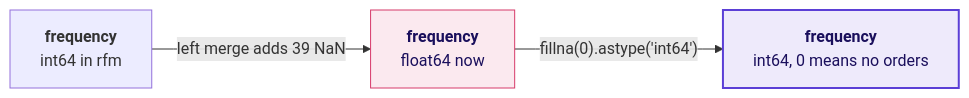
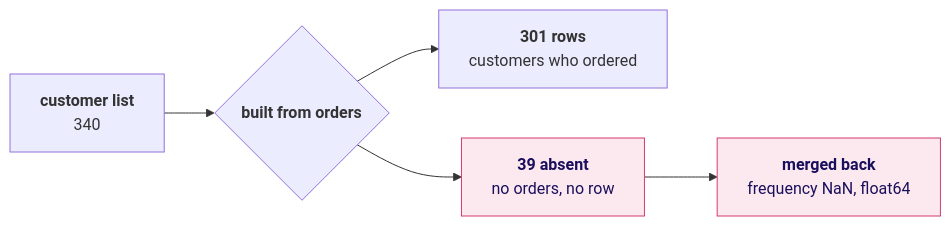
Before and after one commit to fde-academy-lab/c2-content-factory: the seventh of 19 diagrams in content/W02/D4/slides/C2_W02_D04_half1_STUDENT.md, drawn with Mermaid. The commit also changed other lines of this file and 9 other files, not shown here.

````diff
--- a/content/W02/D4/slides/C2_W02_D04_half1_STUDENT.md
+++ b/content/W02/D4/slides/C2_W02_D04_half1_STUDENT.md
@@ -268,9 +365,9 @@
 ```mermaid
 flowchart LR
-    A["<b>frequency</b><br/>int64 in rfm"] -->|"left merge adds 39 NaN"| B["<b>frequency</b><br/>float64 now"]
-    B -->|"fillna(0).astype('int64')"| C["<b>frequency</b><br/>int64, 0 means no orders"]
+    C["<b>customer list</b><br/>340"] --> H{"<b>built from orders</b>"}
+    H --> K["<b>301 rows</b><br/>customers who ordered"]
+    H --> M["<b>39 absent</b><br/>no orders, no row"]
+    M --> N["<b>merged back</b><br/>frequency NaN, float64"]
     classDef bad fill:#FBE9EF,stroke:#D63A6A,color:#1A0F5C
-    classDef known fill:#EEEAFB,stroke:#5B3FD6,color:#1A0F5C,stroke-width:2px
-    class B bad
-    class C known
+    class M,N bad
 ```
````
